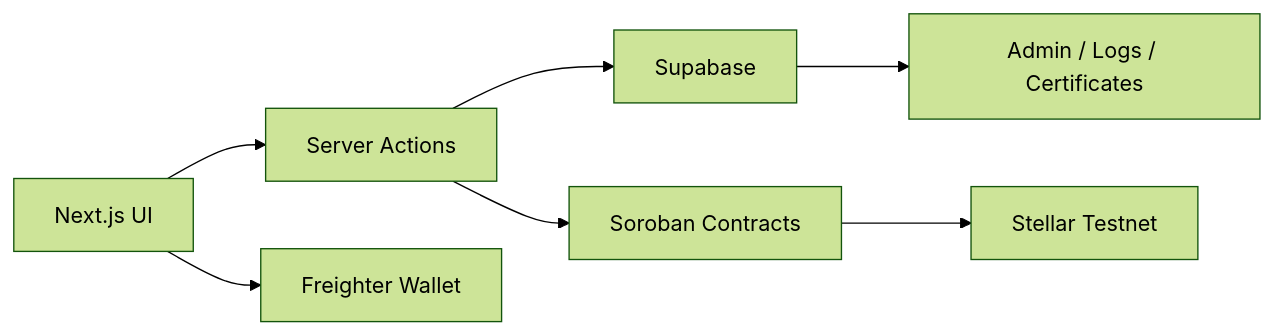
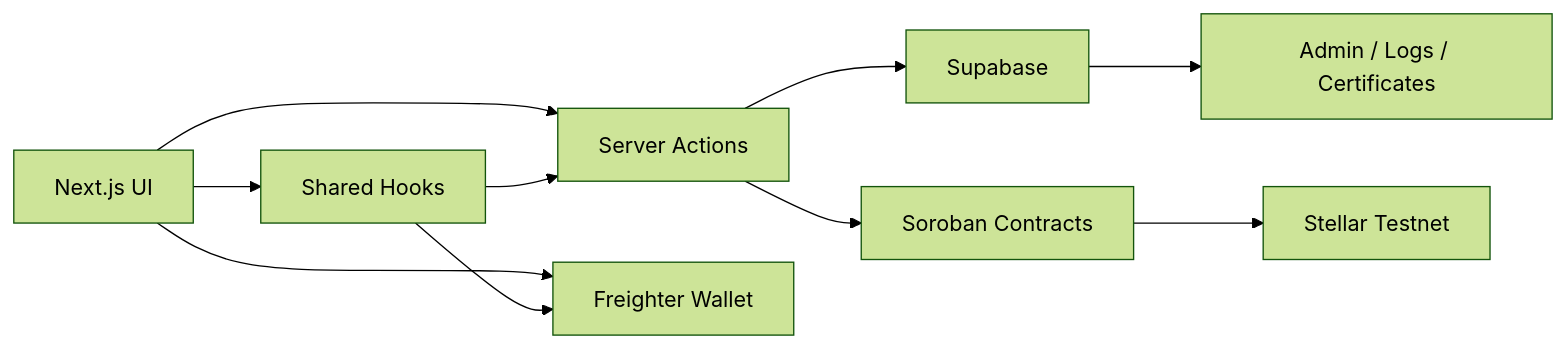
One commit to thisisouvik/CertMint changed the second of 2 diagrams in README.md. Above: the diagram before and after it, drawn with Mermaid (forest theme). The commit also changed other lines of this file, not shown here.

````diff
--- a/README.md
+++ b/README.md
@@ -206,9 +209,12 @@
 ```mermaid
 flowchart LR
   UI[Next.js UI] --> SA[Server Actions]
   UI --> W[Freighter Wallet]
+  UI --> HK[Shared Hooks]
   SA --> DB[Supabase]
   SA --> SC[Soroban Contracts]
   SC --> ST[Stellar Testnet]
   DB --> AD[Admin / Logs / Certificates]
+  HK --> W
+  HK --> SA
 ```
````
